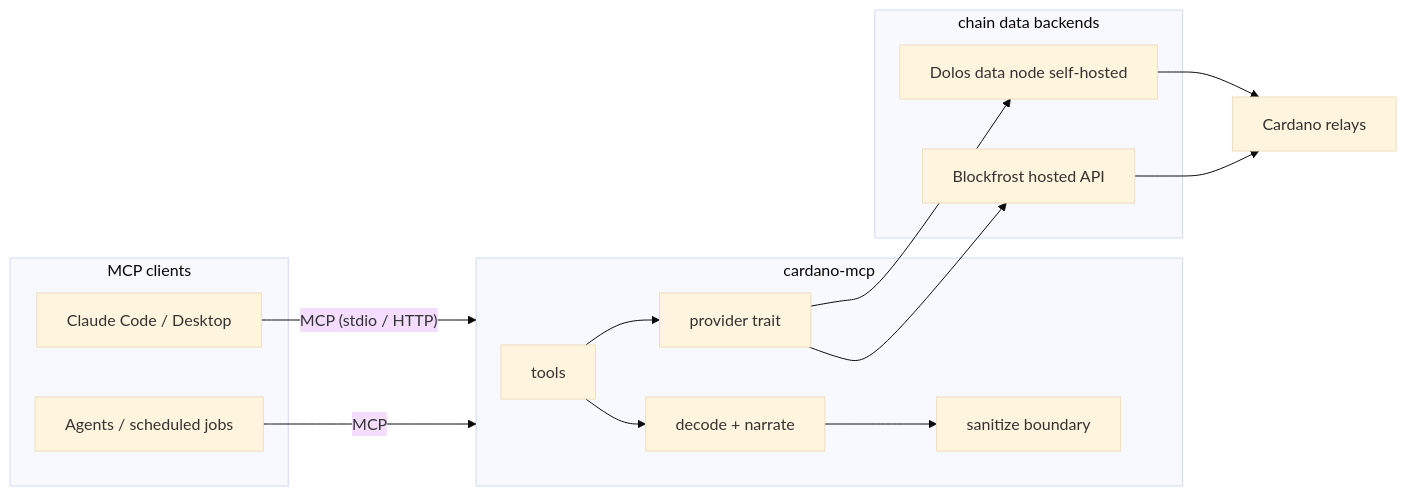
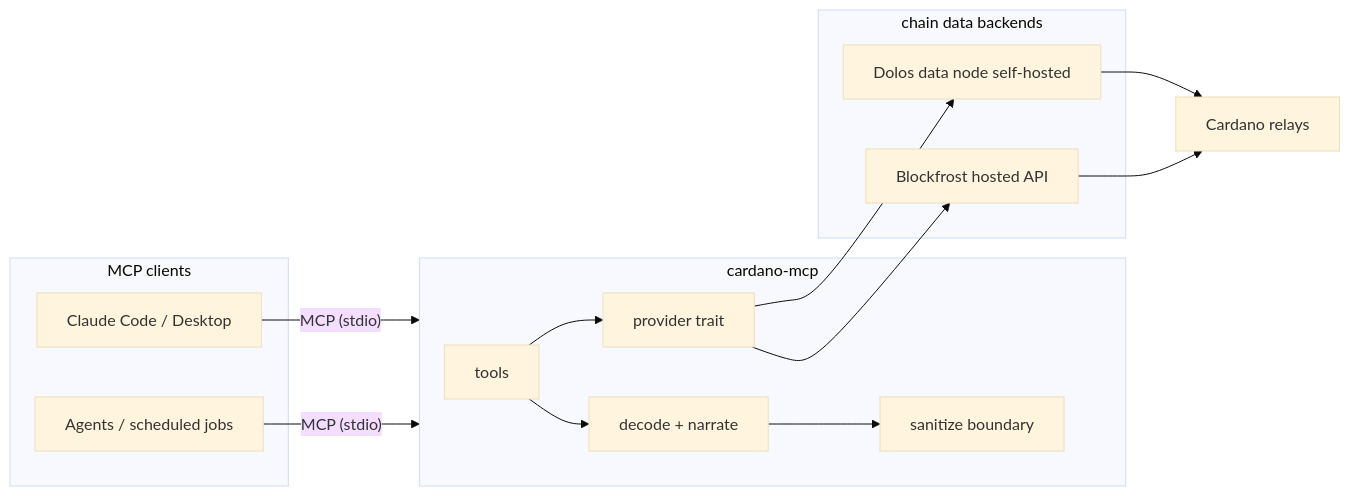
Before and after one commit to baileyb/cardano-mcp: the diagram in ARCHITECTURE.md, drawn with Mermaid (base theme). The commit also changed other lines of this file and 11 other files, not shown here.

First line of the commit message:
feat: MCP stdio server exposing the inspect_address tool

````diff
--- a/ARCHITECTURE.md
+++ b/ARCHITECTURE.md
@@ -42,22 +42,22 @@
 ```mermaid
 flowchart LR
     subgraph clients [MCP clients]
         A[Claude Code / Desktop]
         B[Agents / scheduled jobs]
     end
     subgraph server [cardano-mcp]
         T[tools] --> D[decode + narrate]
         D --> S[sanitize boundary]
         T --> P[provider trait]
     end
     subgraph backends [chain data backends]
         BF[Blockfrost hosted API]
         DL[Dolos data node self-hosted]
     end
-    A -- "MCP (stdio / HTTP)" --> server
-    B -- MCP --> server
+    A -- "MCP (stdio)" --> server
+    B -- "MCP (stdio)" --> server
     P --> BF
     P --> DL
     DL --> NET[Cardano relays]
     BF --> NET
 ```
````
